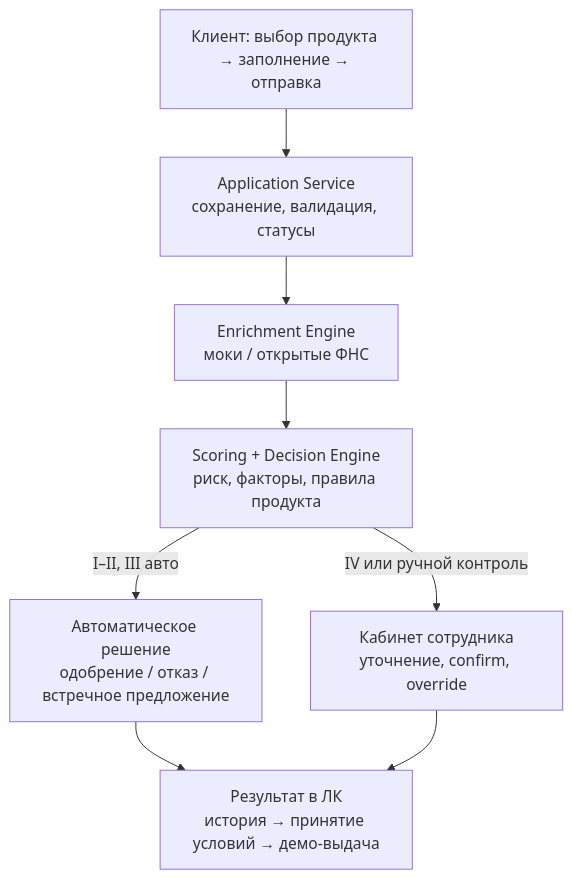
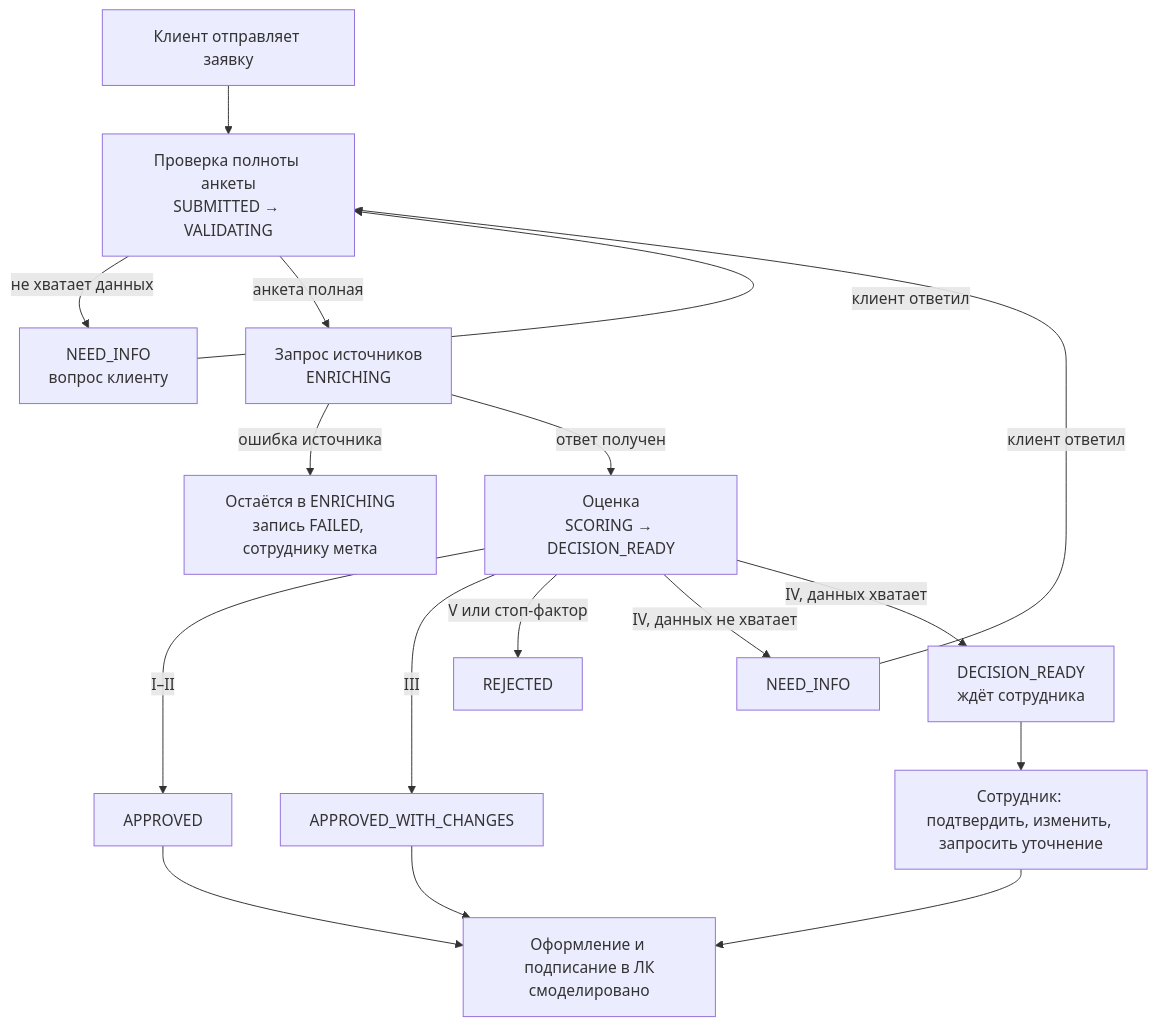
The second of 3 diagrams in docs/architecture.md (SachEnka/Kxakaton), drawn with Mermaid before and after one commit. The commit also changed other lines of this file and 10 other files, not shown here.

````diff
--- a/docs/architecture.md
+++ b/docs/architecture.md
@@ -51,10 +67,19 @@
 ```mermaid
 flowchart TD
-  Start[Клиент: выбор продукта → заполнение → отправка] --> App[Application Service<br/>сохранение, валидация, статусы]
-  App --> Enrich[Enrichment Engine<br/>моки / открытые ФНС]
-  Enrich --> Score[Scoring + Decision Engine<br/>риск, факторы, правила продукта]
-  Score -->|I–II, III авто| Auto[Автоматическое решение<br/>одобрение / отказ / встречное предложение]
-  Score -->|IV или ручной контроль| Desk[Кабинет сотрудника<br/>уточнение, confirm, override]
-  Auto --> Result[Результат в ЛК<br/>история → принятие условий → демо-выдача]
-  Desk --> Result
+  Start[Клиент отправляет заявку] --> Val[Проверка полноты анкеты<br/>SUBMITTED → VALIDATING]
+  Val -->|не хватает данных| Ni1[NEED_INFO<br/>вопрос клиенту]
+  Val -->|анкета полная| Enr[Запрос источников<br/>ENRICHING]
+  Enr -->|ошибка источника| Stuck[Остаётся в ENRICHING<br/>запись FAILED, сотруднику метка]
+  Enr -->|ответ получен| Sc[Оценка<br/>SCORING → DECISION_READY]
+  Sc -->|I–II| Ok[APPROVED]
+  Sc -->|III| Ch[APPROVED_WITH_CHANGES]
+  Sc -->|V или стоп-фактор| Rj[REJECTED]
+  Sc -->|IV, данных не хватает| Ni2[NEED_INFO]
+  Sc -->|IV, данных хватает| Wait[DECISION_READY<br/>ждёт сотрудника]
+  Wait --> Desk[Сотрудник: подтвердить, изменить, запросить уточнение]
+  Ni1 -->|клиент ответил| Val
+  Ni2 -->|клиент ответил| Val
+  Ok --> Res[Оформление и подписание в ЛК<br/>смоделировано]
+  Ch --> Res
+  Desk --> Res
 ```
````
